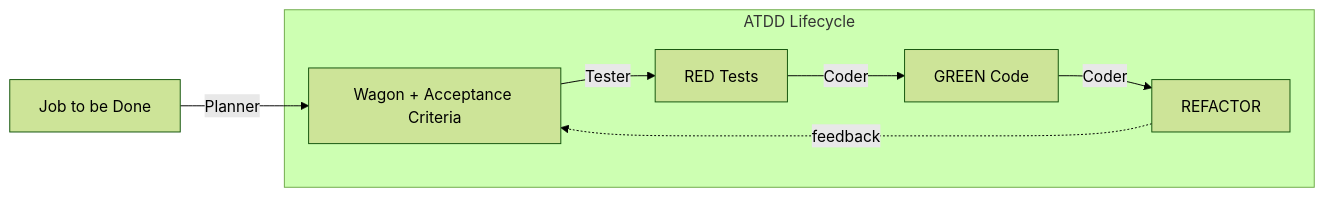
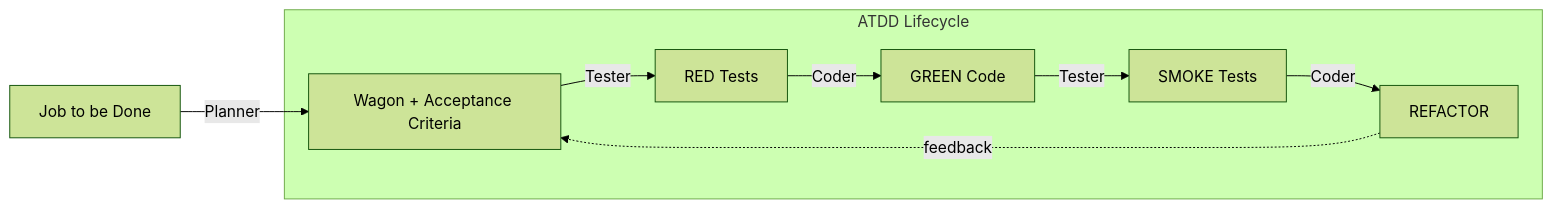
One commit to sboupda/atdd changed the diagram in README.md. Above: the diagram before and after it, drawn with Mermaid (forest theme). The commit also changed other lines of this file and 8 other files, not shown here.

First line of the commit message:
fix: add SMOKE to all remaining schema/convention/doc references

````diff
--- a/README.md
+++ b/README.md
@@ -7,15 +7,17 @@
 ```mermaid
 flowchart LR
     A[Job to be Done] -->|Planner| B[Wagon + Acceptance Criteria]
     B -->|Tester| C[RED Tests]
     C -->|Coder| D[GREEN Code]
-    D -->|Coder| E[REFACTOR]
+    D -->|Tester| F[SMOKE Tests]
+    F -->|Coder| E[REFACTOR]
     E -.->|feedback| B
 
     subgraph "ATDD Lifecycle"
         B
         C
         D
+        F
         E
     end
 ```
````
